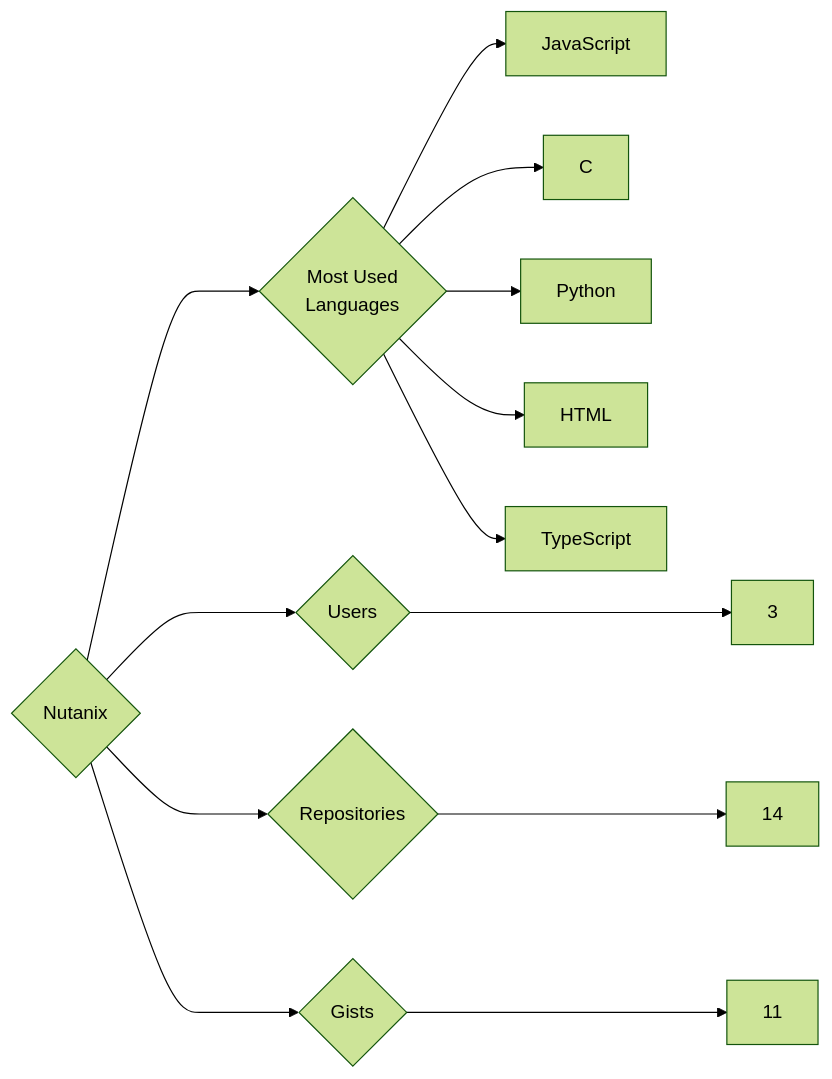
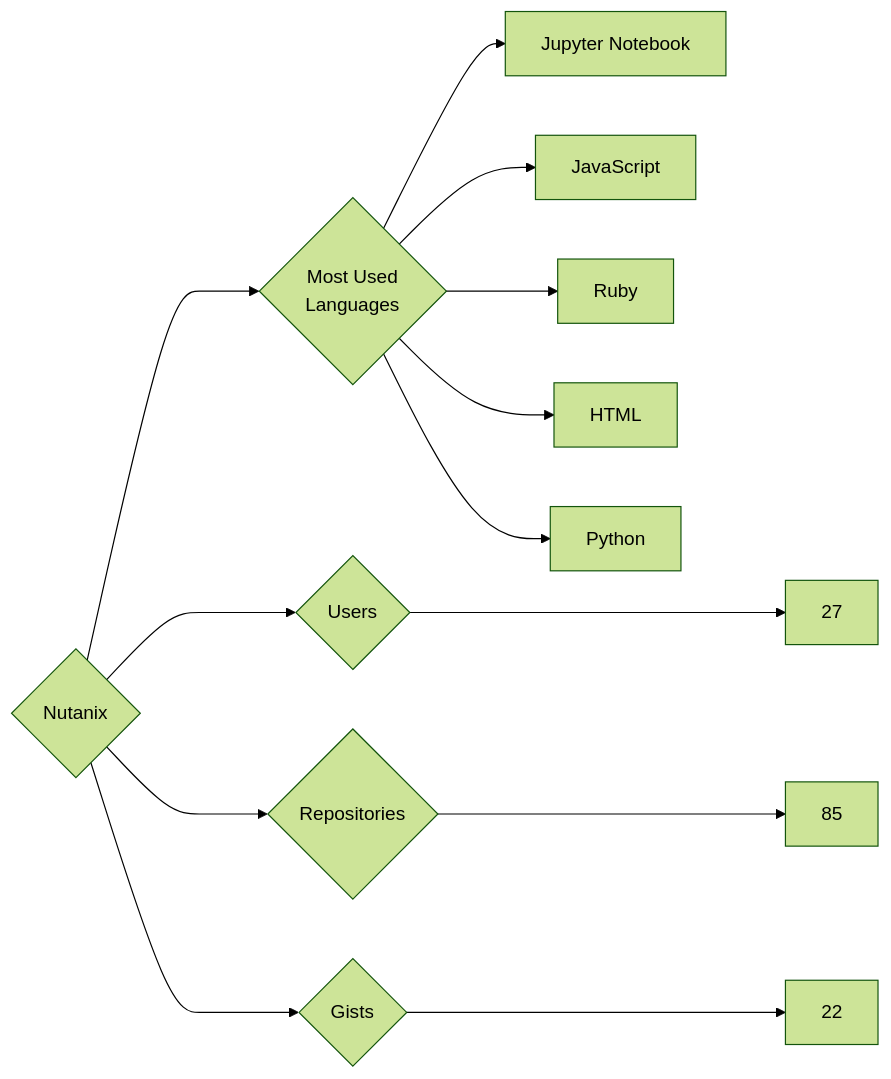
Before and after one commit to trickest/insiders: the diagram in targets/Nutanix/README.md, drawn with Mermaid (forest theme). The commit also changed 976 other files, not shown here.

````diff
--- a/targets/Nutanix/README.md
+++ b/targets/Nutanix/README.md
@@ -3,13 +3,13 @@
 ```mermaid
 graph LR
 COMPANY_NAME{Nutanix}
-COMPANY_NAME ---> U{Users} ---> UN[3]
-COMPANY_NAME ---> R{Repositories} ---> RN[14]
-COMPANY_NAME ---> G{Gists} ---> GN[11]
+COMPANY_NAME ---> U{Users} ---> UN[27]
+COMPANY_NAME ---> R{Repositories} ---> RN[85]
+COMPANY_NAME ---> G{Gists} ---> GN[22]
 COMPANY_NAME ---> ML{Most Used<br>Languages}
+ML --> Jupyter_Notebook[Jupyter Notebook]
 ML --> JavaScript[JavaScript]
-ML --> C[C]
+ML --> Ruby[Ruby]
+ML --> HTML[HTML]
 ML --> Python[Python]
-ML --> HTML[HTML]
-ML --> TypeScript[TypeScript]
 ```
````
